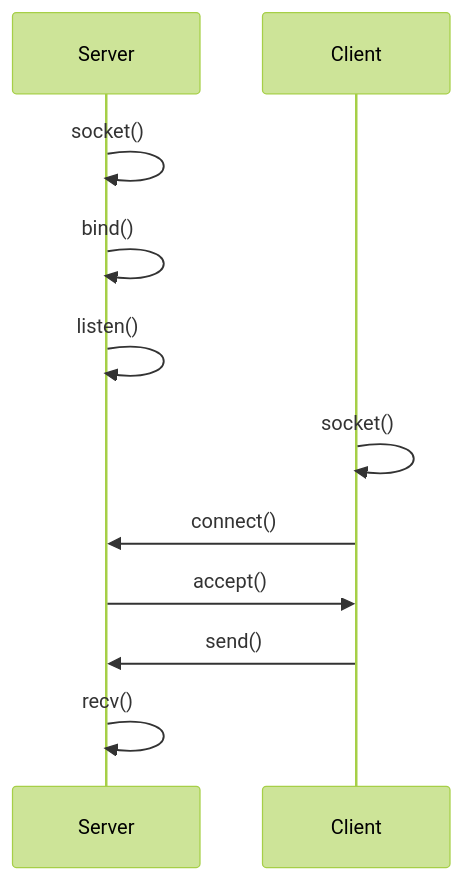
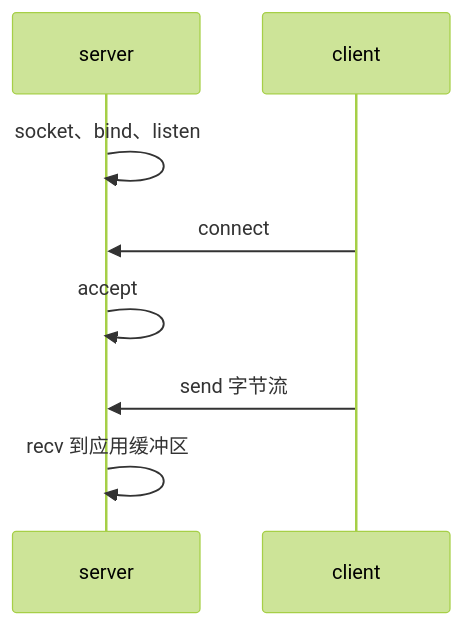
Before and after one commit to alogfans/RDMA101: the first of 2 diagrams in docs/01-introduction/01-tcp-to-rdma.md, drawn with Mermaid (forest theme). The commit also changed other lines of this file and 59 other files, not shown here.

````diff
--- a/docs/01-introduction/01-tcp-to-rdma.md
+++ b/docs/01-introduction/01-tcp-to-rdma.md
@@ -35,14 +11,10 @@
 ```mermaid
 sequenceDiagram
-    participant Server
-    participant Client
-
-    Server->>Server: socket()
-    Server->>Server: bind()
-    Server->>Server: listen()
-    Client->>Client: socket()
-    Client->>Server: connect()
-    Server->>Client: accept()
-    Client->>Server: send()
-    Server->>Server: recv()
+    participant S as server
+    participant C as client
+    S->>S: socket、bind、listen
+    C->>S: connect
+    S->>S: accept
+    C->>S: send 字节流
+    S->>S: recv 到应用缓冲区
 ```
````
